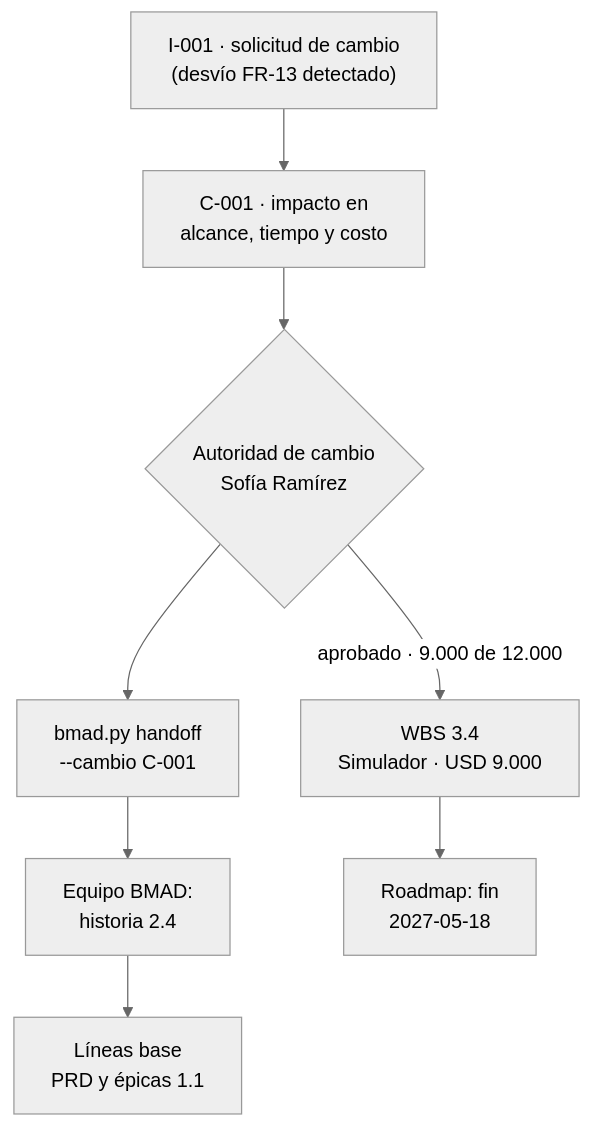
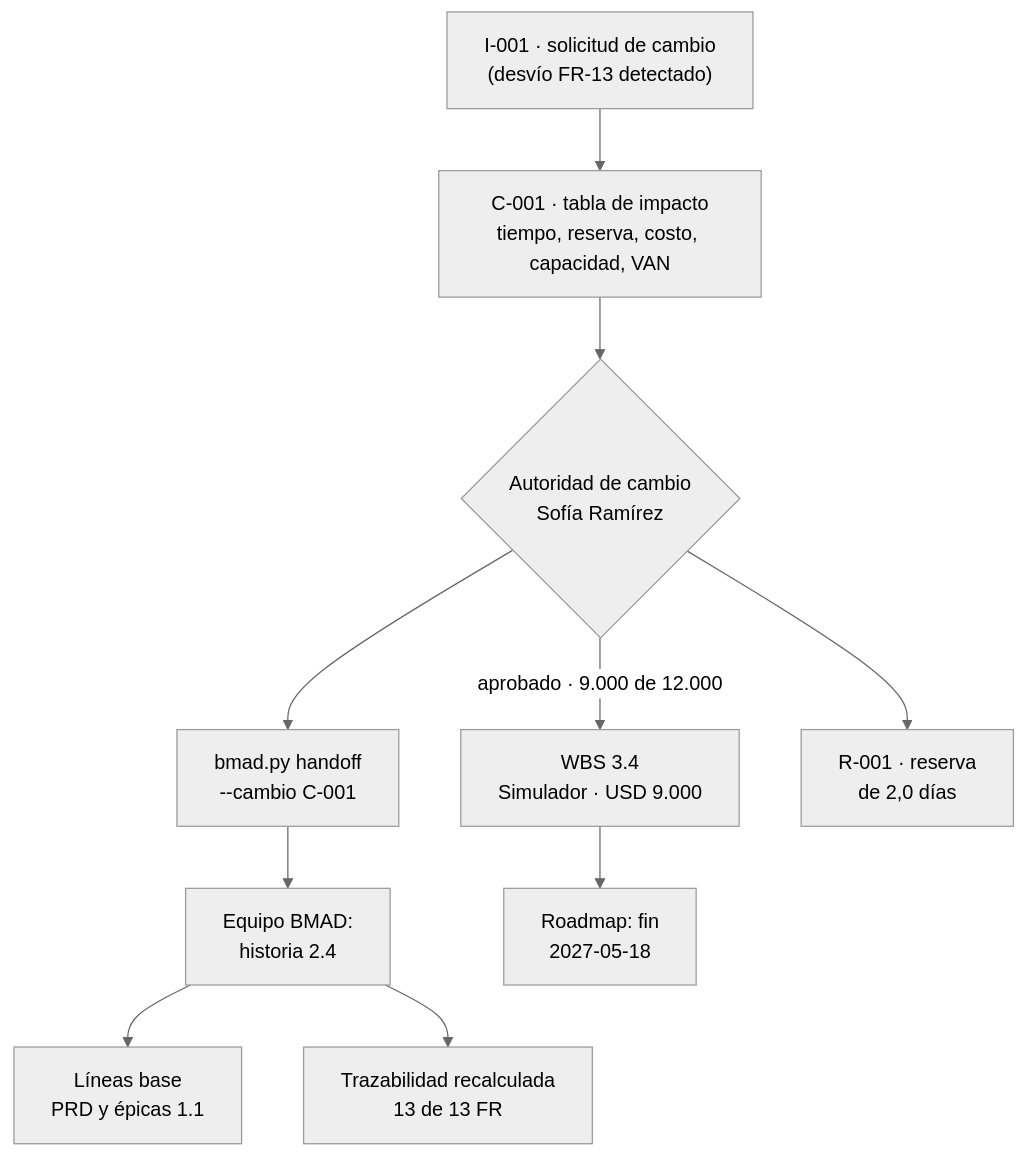
The fifth of 6 diagrams in docs/guias/E2E-2-alcance-roadmap.md (Arturo-Penas-Rial/pm-method), drawn with Mermaid (neutral theme) before and after one commit. The commit also changed other lines of this file and 274 other files, not shown here.

````diff
--- a/docs/guias/E2E-2-alcance-roadmap.md
+++ b/docs/guias/E2E-2-alcance-roadmap.md
@@ -517,10 +750,12 @@
 ```mermaid
 flowchart TB
-    i1["I-001 · solicitud de cambio<br/>(desvío FR-13 detectado)"] --> c1["C-001 · impacto en<br/>alcance, tiempo y costo"]
+    i1["I-001 · solicitud de cambio<br/>(desvío FR-13 detectado)"] --> c1["C-001 · tabla de impacto<br/>tiempo, reserva, costo, capacidad, VAN"]
     c1 --> dec{"Autoridad de cambio<br/>Sofía Ramírez"}
     dec -->|"aprobado · 9.000 de 12.000"| w34["WBS 3.4<br/>Simulador · USD 9.000"]
     dec --> h["bmad.py handoff<br/>--cambio C-001"]
+    dec --> r1["R-001 · reserva<br/>de 2,0 días"]
     h --> bm["Equipo BMAD:<br/>historia 2.4"]
     bm --> lb["Líneas base<br/>PRD y épicas 1.1"]
+    bm --> tz["Trazabilidad recalculada<br/>13 de 13 FR"]
     w34 --> rm["Roadmap: fin<br/>2027-05-18"]
 ```
````
